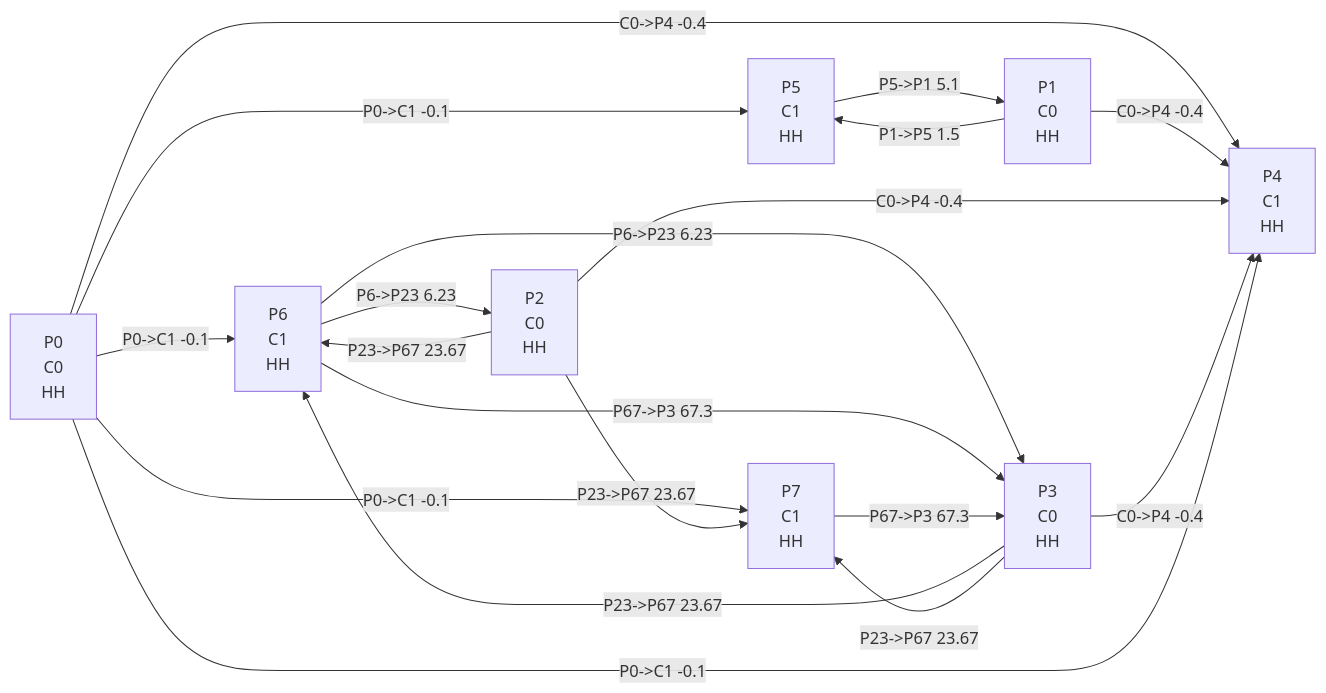
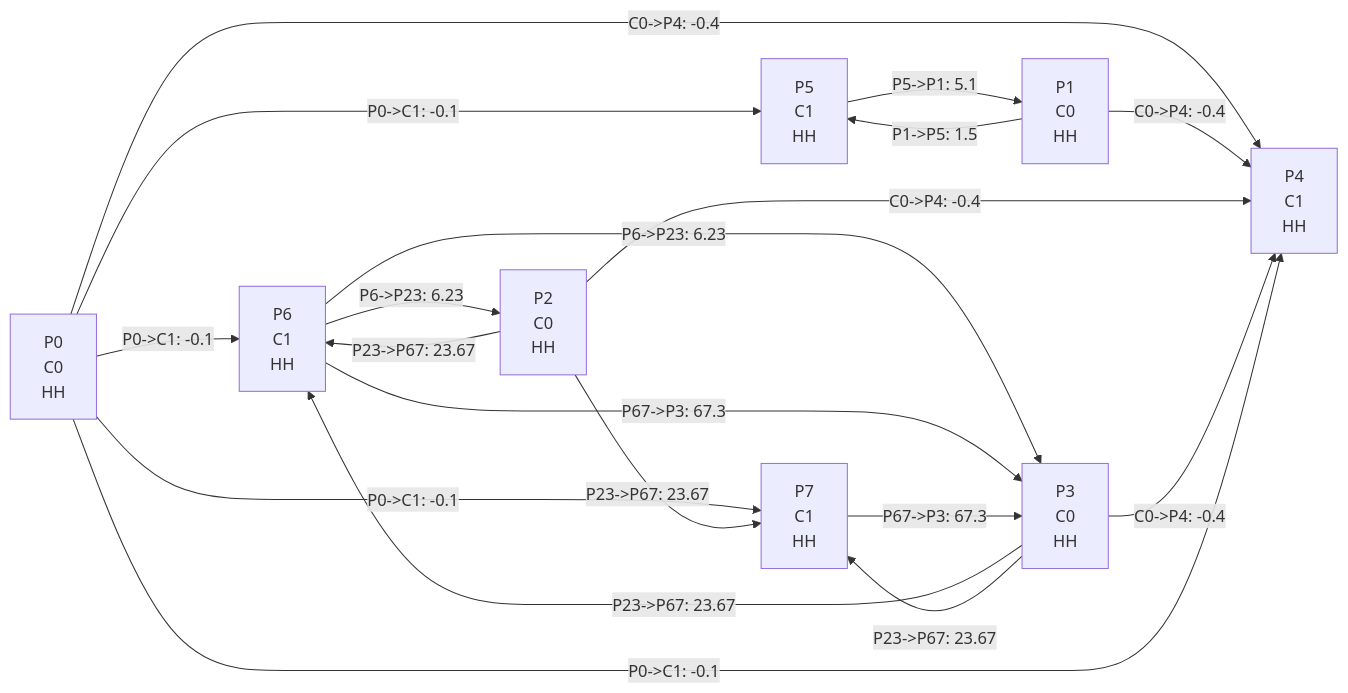
One commit to niknovikov19/subnet-builder changed the diagram in test/basic/par.md. Above: the diagram before and after it, drawn with Mermaid. The commit also changed 9 other files, not shown here.

````diff
--- a/test/basic/par.md
+++ b/test/basic/par.md
@@ -1,29 +1,29 @@
 ```mermaid
 graph LR
     P0["P0<br/>C0<br/>HH"]
     P1["P1<br/>C0<br/>HH"]
     P2["P2<br/>C0<br/>HH"]
     P3["P3<br/>C0<br/>HH"]
     P4["P4<br/>C1<br/>HH"]
     P5["P5<br/>C1<br/>HH"]
     P6["P6<br/>C1<br/>HH"]
     P7["P7<br/>C1<br/>HH"]
-    P0 -->|C0->P4 -0.4| P4
-    P1 -->|C0->P4 -0.4| P4
-    P2 -->|C0->P4 -0.4| P4
-    P3 -->|C0->P4 -0.4| P4
-    P0 -->|P0->C1 -0.1| P4
-    P0 -->|P0->C1 -0.1| P5
-    P0 -->|P0->C1 -0.1| P6
-    P0 -->|P0->C1 -0.1| P7
-    P1 -->|P1->P5 1.5| P5
-    P5 -->|P5->P1 5.1| P1
-    P2 -->|P23->P67 23.67| P6
-    P2 -->|P23->P67 23.67| P7
-    P3 -->|P23->P67 23.67| P6
-    P3 -->|P23->P67 23.67| P7
-    P6 -->|P6->P23 6.23| P2
-    P6 -->|P6->P23 6.23| P3
-    P6 -->|P67->P3 67.3| P3
-    P7 -->|P67->P3 67.3| P3
+    P0 -->|C0->P4: -0.4| P4
+    P1 -->|C0->P4: -0.4| P4
+    P2 -->|C0->P4: -0.4| P4
+    P3 -->|C0->P4: -0.4| P4
+    P0 -->|P0->C1: -0.1| P4
+    P0 -->|P0->C1: -0.1| P5
+    P0 -->|P0->C1: -0.1| P6
+    P0 -->|P0->C1: -0.1| P7
+    P1 -->|P1->P5: 1.5| P5
+    P5 -->|P5->P1: 5.1| P1
+    P2 -->|P23->P67: 23.67| P6
+    P2 -->|P23->P67: 23.67| P7
+    P3 -->|P23->P67: 23.67| P6
+    P3 -->|P23->P67: 23.67| P7
+    P6 -->|P6->P23: 6.23| P2
+    P6 -->|P6->P23: 6.23| P3
+    P6 -->|P67->P3: 67.3| P3
+    P7 -->|P67->P3: 67.3| P3
 ```
````
